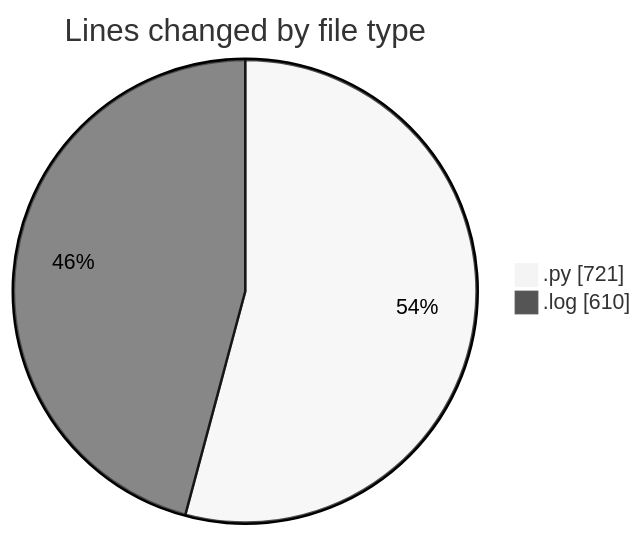
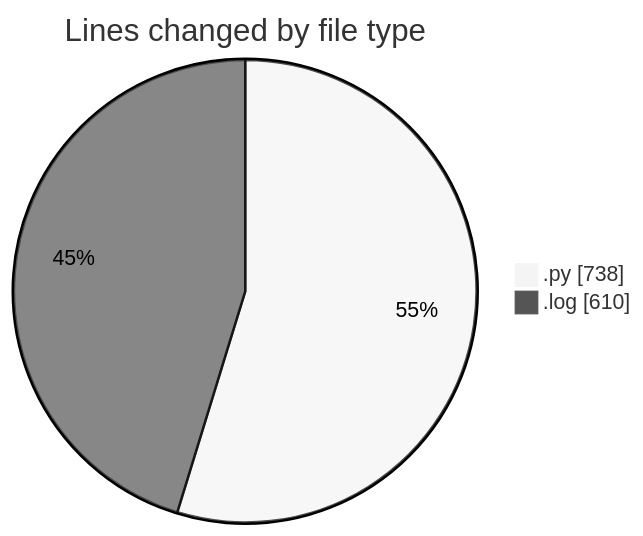
The first of 2 diagrams in 2025-05-07/samplepdf/README.md (momahboobian/code-tracking), drawn with Mermaid (neutral theme) before and after one commit. The commit also changed other lines of this file and 1 other file, not shown here.

````diff
--- a/2025-05-07/samplepdf/README.md
+++ b/2025-05-07/samplepdf/README.md
@@ -28,6 +28,6 @@
 ```mermaid
 pie showData
 title Lines changed by file type
-".py" : 721
+".py" : 738
 ".log" : 610
 ```
````
